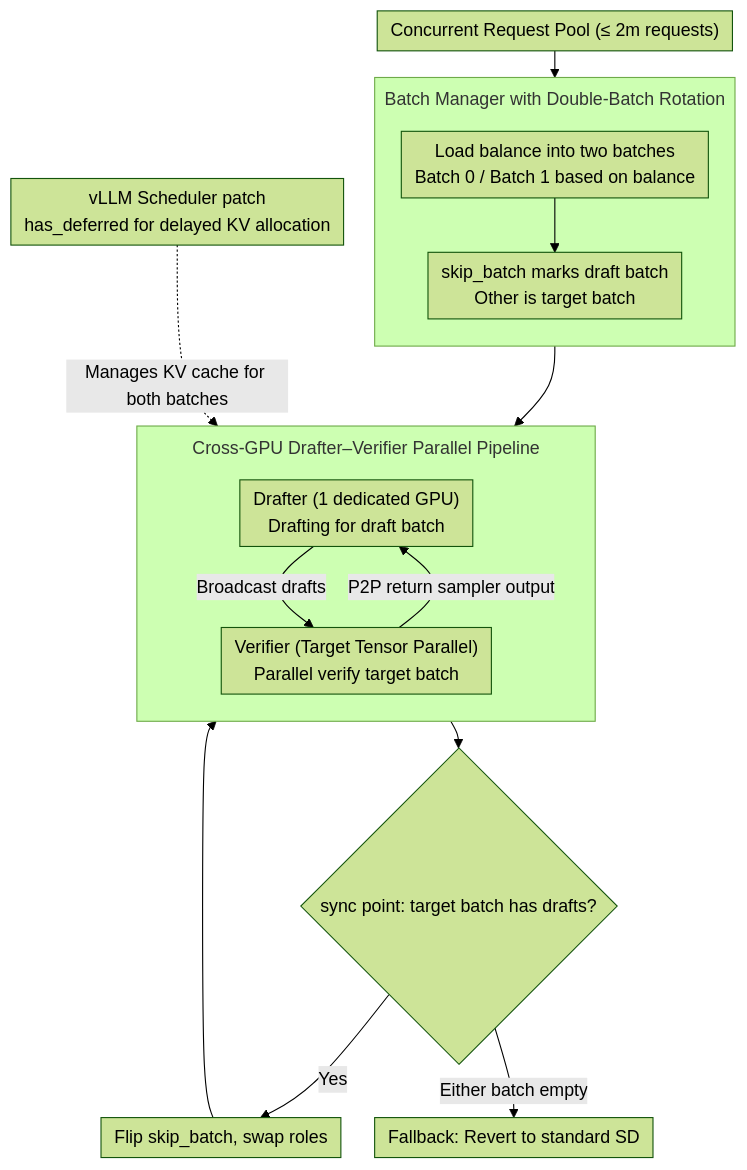
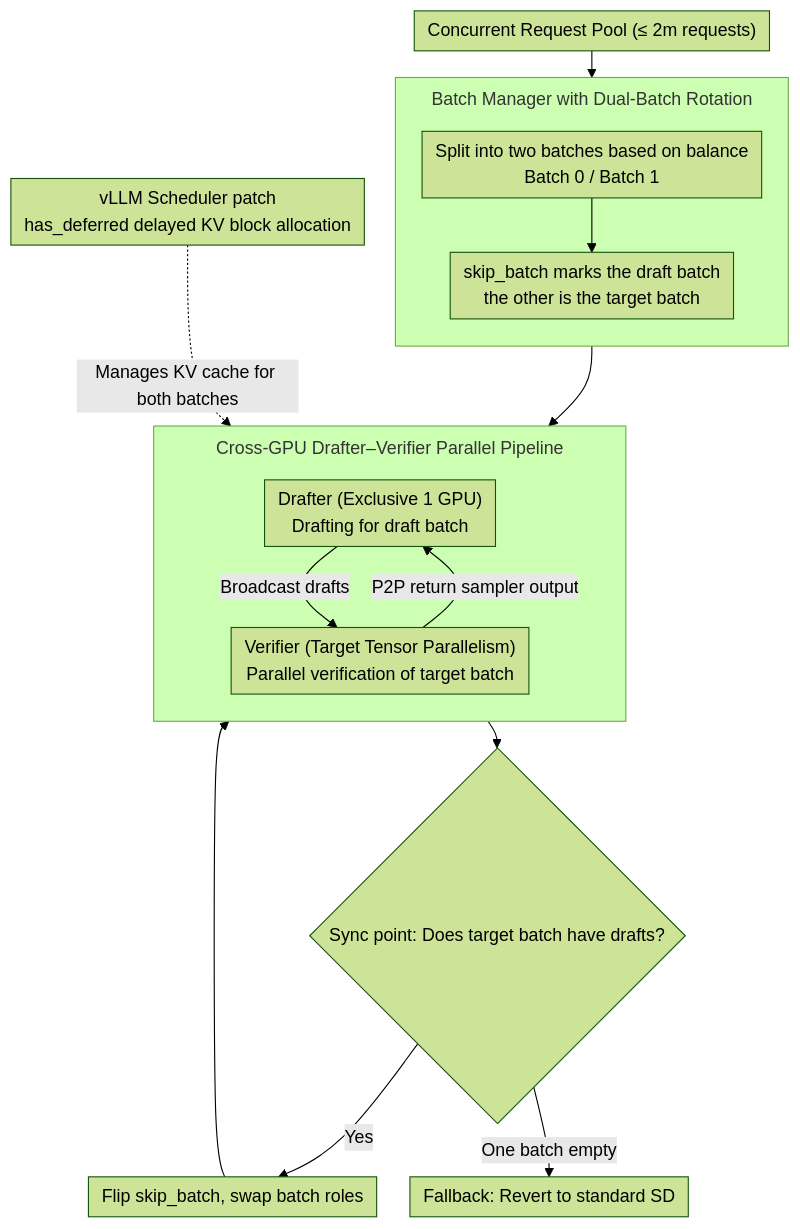
One commit to zhaoyang97/Paper-Notes-en changed the diagram in docs/ICML2026/llm_efficiency/minedraft_a_framework_for_batch_parallel_speculative_decoding.md. Above: the diagram before and after it, drawn with Mermaid (forest theme). The commit also changed other lines of this file and 5084 other files, not shown here.

````diff
--- a/docs/ICML2026/llm_efficiency/minedraft_a_framework_for_batch_parallel_speculative_decoding.md
+++ b/docs/ICML2026/llm_efficiency/minedraft_a_framework_for_batch_parallel_speculative_decoding.md
@@ -51,25 +51,25 @@
 ```mermaid
 %%{init: {'flowchart': {'rankSpacing': 24, 'nodeSpacing': 28, 'padding': 6, 'wrappingWidth': 400, 'subGraphTitleMargin': {'top': 8, 'bottom': 16}}}}%%
 flowchart TD
     IN["Concurrent Request Pool (≤ 2m requests)"]
-    subgraph BM["Batch Manager with Double-Batch Rotation"]
+    subgraph BM["Batch Manager with Dual-Batch Rotation"]
         direction TB
-        SPLIT["Load balance into two batches<br/>Batch 0 / Batch 1 based on balance"]
-        SKIP["skip_batch marks draft batch<br/>Other is target batch"]
+        SPLIT["Split into two batches based on balance<br/>Batch 0 / Batch 1"]
+        SKIP["skip_batch marks the draft batch<br/>the other is the target batch"]
         SPLIT --> SKIP
     end
     IN --> BM
     subgraph PIPE["Cross-GPU Drafter–Verifier Parallel Pipeline"]
         direction TB
-        DRAFT["Drafter (1 dedicated GPU)<br/>Drafting for draft batch"]
-        VERIFY["Verifier (Target Tensor Parallel)<br/>Parallel verify target batch"]
+        DRAFT["Drafter (Exclusive 1 GPU)<br/>Drafting for draft batch"]
+        VERIFY["Verifier (Target Tensor Parallelism)<br/>Parallel verification of target batch"]
         DRAFT -->|Broadcast drafts| VERIFY
         VERIFY -->|P2P return sampler output| DRAFT
     end
     BM --> PIPE
-    SCHED["vLLM Scheduler patch<br/>has_deferred for delayed KV allocation"] -.Manages KV cache for both batches.-> PIPE
-    PIPE --> SYNC{"sync point: target batch has drafts?"}
-    SYNC -->|Yes| FLIP["Flip skip_batch, swap roles"]
+    SCHED["vLLM Scheduler patch<br/>has_deferred delayed KV block allocation"] -.Manages KV cache for both batches.-> PIPE
+    PIPE --> SYNC{"Sync point: Does target batch have drafts?"}
+    SYNC -->|Yes| FLIP["Flip skip_batch, swap batch roles"]
     FLIP --> PIPE
-    SYNC -->|Either batch empty| FB["Fallback: Revert to standard SD"]
+    SYNC -->|One batch empty| FB["Fallback: Revert to standard SD"]
 ```
````
